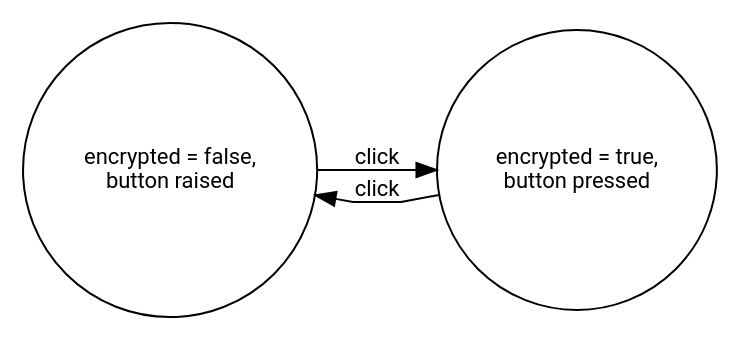
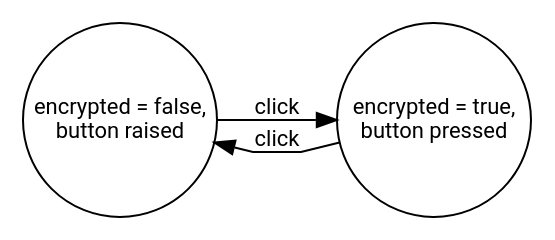
Before and after one commit to adrifelt/ux-model-graphs: the diagram in 01-simple-boolean.dot, drawn with Graphviz. The commit also changed 4 other files, not shown here.

Commit message:
Further sweet stylin' for the nodes of the graphs.

```diff
--- a/01-simple-boolean.dot
+++ b/01-simple-boolean.dot
@@ -1,27 +1,29 @@
 digraph "01-simple-boolean" {
   splines = polyline;
   rankdir = LR;
   node [
     shape = circle
     fontname = "Roboto"
     fontsize = 11
+    width = 1.35
+    margin = 0
   ];
   edge [
     fontname = "Roboto"
     fontsize = 11
   ];
 
   off [
     label = "encrypted = false,\nbutton raised"
   ];
   on [
     label = "encrypted = true,\nbutton pressed"
   ];
 
   off -> on [
     label = "click"
   ];
   on -> off [
     label = "click"
   ];
 }
```
